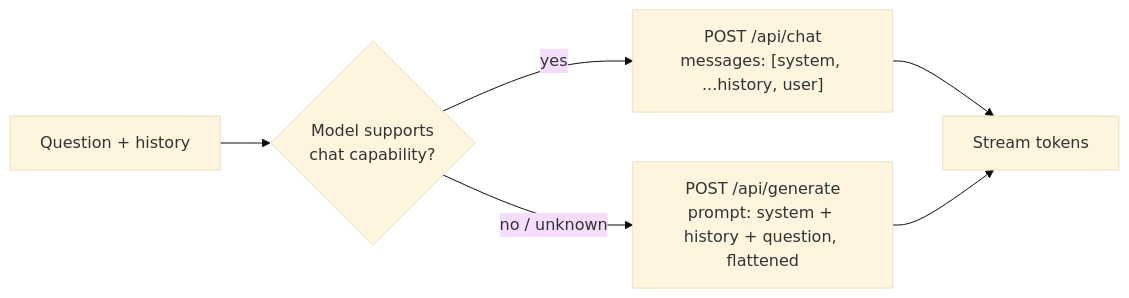
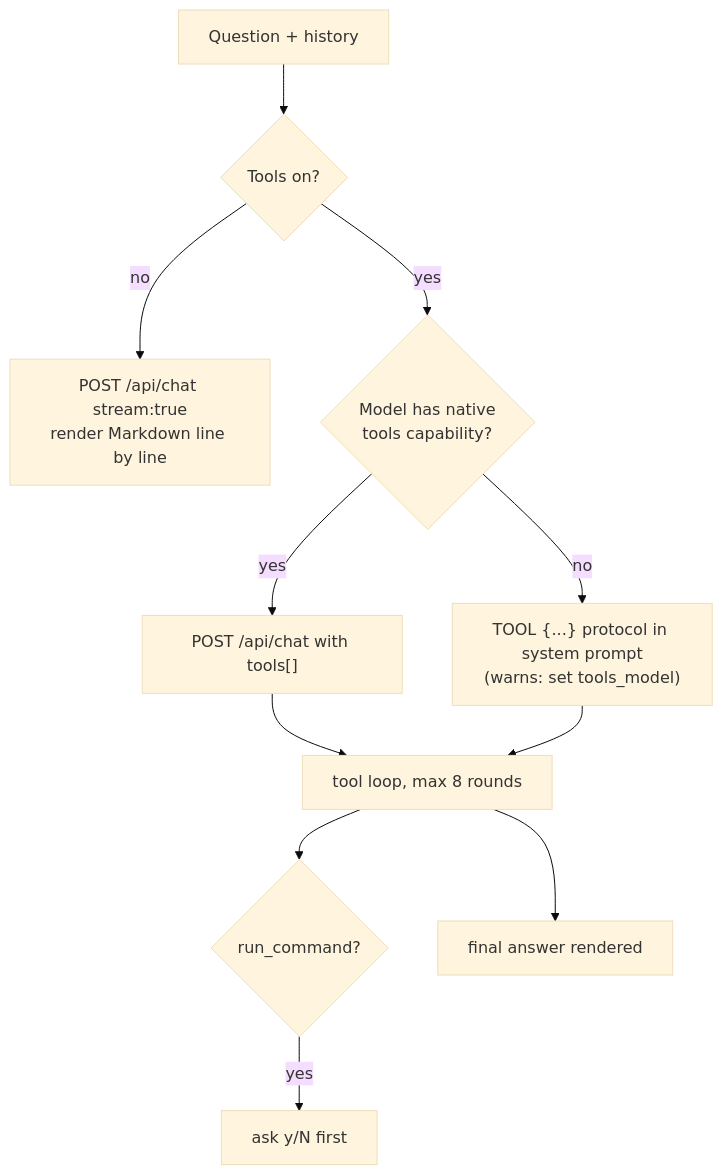
Before and after one commit to cschladetsch/Ps1Ask: the third of 5 diagrams in docs/architecture.md, drawn with Mermaid (base theme). The commit also changed other lines of this file and 5 other files, not shown here.

First line of the commit message:
Stream rendered Markdown, safer tools, idle history, one HTTP client

````diff
--- a/docs/architecture.md
+++ b/docs/architecture.md
@@ -55,8 +55,13 @@
 ```mermaid
-flowchart LR
-    Q["Question + history"] --> T{"Model supports\nchat capability?"}
-    T -->|yes| M["POST /api/chat\nmessages: [system, ...history, user]"]
-    T -->|no / unknown| G["POST /api/generate\nprompt: system + history + question, flattened"]
-    M --> S["Stream tokens"]
-    G --> S
+flowchart TD
+    Q["Question + history"] --> T{"Tools on?"}
+    T -->|no| S["POST /api/chat stream:true\nrender Markdown line by line"]
+    T -->|yes| C{"Model has native\ntools capability?"}
+    C -->|yes| N["POST /api/chat with tools[]"]
+    C -->|no| P["TOOL {...} protocol in system prompt\n(warns: set tools_model)"]
+    N --> L["tool loop, max 8 rounds"]
+    P --> L
+    L --> R{"run_command?"}
+    R -->|yes| Y["ask y/N first"]
+    L --> A["final answer rendered"]
 ```
````
